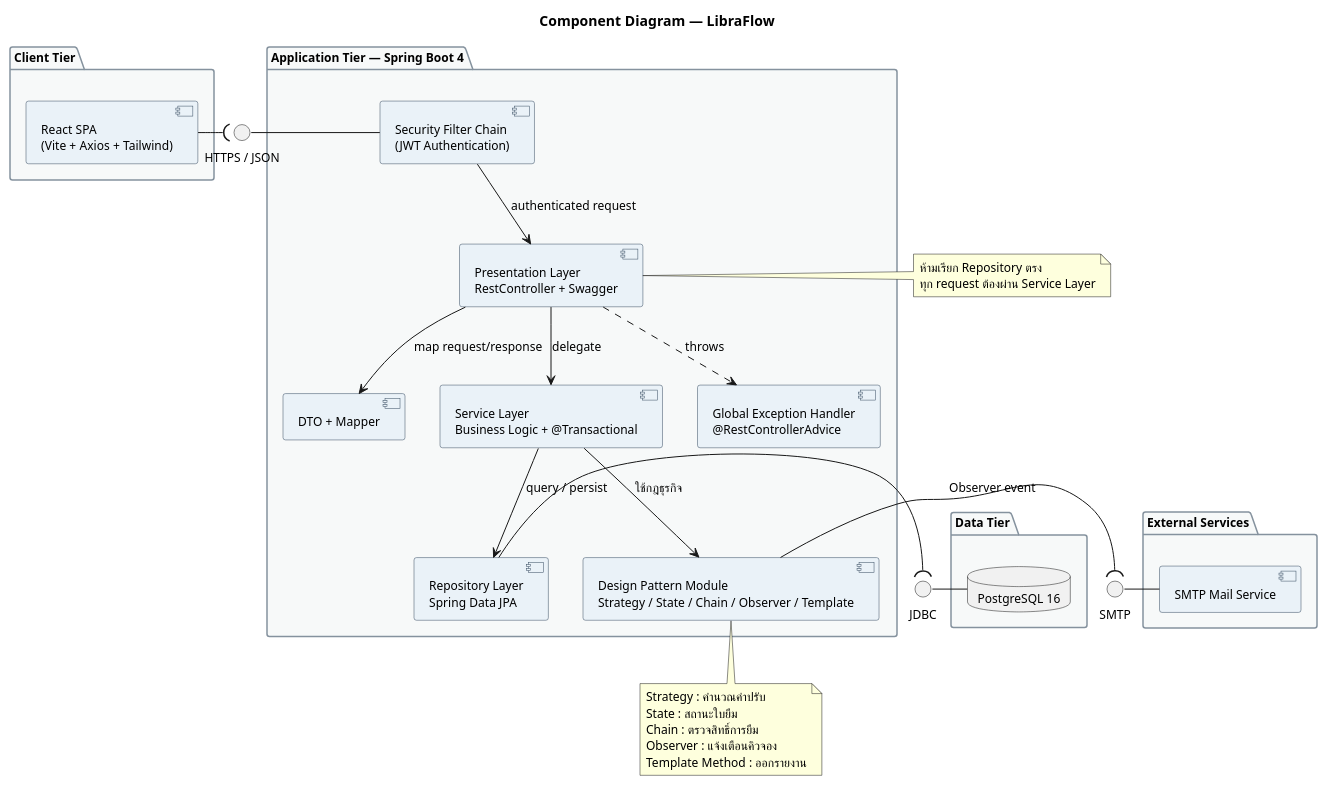
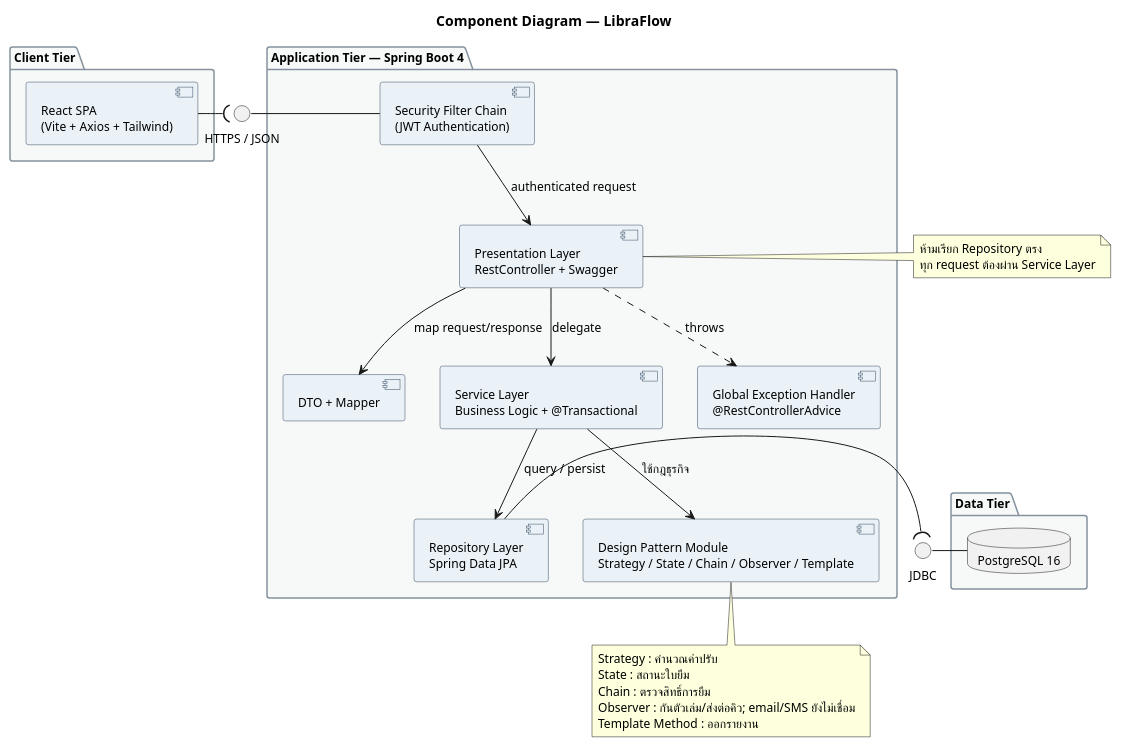
The diagram in doc/diagrams/12-component-diagram.puml (boatrocl/library_book_management), drawn with PlantUML before and after one commit. The commit also changed 104 other files, not shown here.

```diff
--- a/doc/diagrams/12-component-diagram.puml
+++ b/doc/diagrams/12-component-diagram.puml
@@ -1,68 +1,60 @@
 @startuml 12-component-diagram
 title Component Diagram — LibraFlow
 
 skinparam defaultFontName "Tahoma"
 skinparam defaultFontSize 12
 skinparam shadowing false
 skinparam component {
   BackgroundColor #EAF2F8
   BorderColor #34495E
 }
 skinparam package {
   BackgroundColor #F7F9F9
   BorderColor #85929E
 }
 
 package "Client Tier" {
   [React SPA\n(Vite + Axios + Tailwind)] as UI
 }
 
 package "Application Tier — Spring Boot 4" {
   [Security Filter Chain\n(JWT Authentication)] as SEC
   [Presentation Layer\nRestController + Swagger] as CTRL
   [DTO + Mapper] as DTO
   [Service Layer\nBusiness Logic + @Transactional] as SVC
   [Design Pattern Module\nStrategy / State / Chain / Observer / Template] as PAT
   [Repository Layer\nSpring Data JPA] as REPO
   [Global Exception Handler\n@RestControllerAdvice] as EXC
 }
 
 package "Data Tier" {
   database "PostgreSQL 16" as DB
 }
 
-package "External Services" {
-  [SMTP Mail Service] as MAIL
-}
-
 interface "HTTPS / JSON" as API
 interface "JDBC" as JDBC
-interface "SMTP" as SMTPI
 
 UI -( API
 API - SEC
 SEC --> CTRL : authenticated request
 CTRL --> DTO : map request/response
 CTRL --> SVC : delegate
 CTRL ..> EXC : throws
 SVC --> PAT : ใช้กฎธุรกิจ
 SVC --> REPO : query / persist
 REPO -( JDBC
 JDBC - DB
-PAT -( SMTPI : Observer event
-SMTPI - MAIL
-
 note right of CTRL
   ห้ามเรียก Repository ตรง
   ทุก request ต้องผ่าน Service Layer
 end note
 
 note bottom of PAT
   Strategy : คำนวณค่าปรับ
   State : สถานะใบยืม
   Chain : ตรวจสิทธิ์การยืม
-  Observer : แจ้งเตือนคิวจอง
+  Observer : กันตัวเล่ม/ส่งต่อคิว; email/SMS ยังไม่เชื่อม
   Template Method : ออกรายงาน
 end note
 
 @enduml
```
